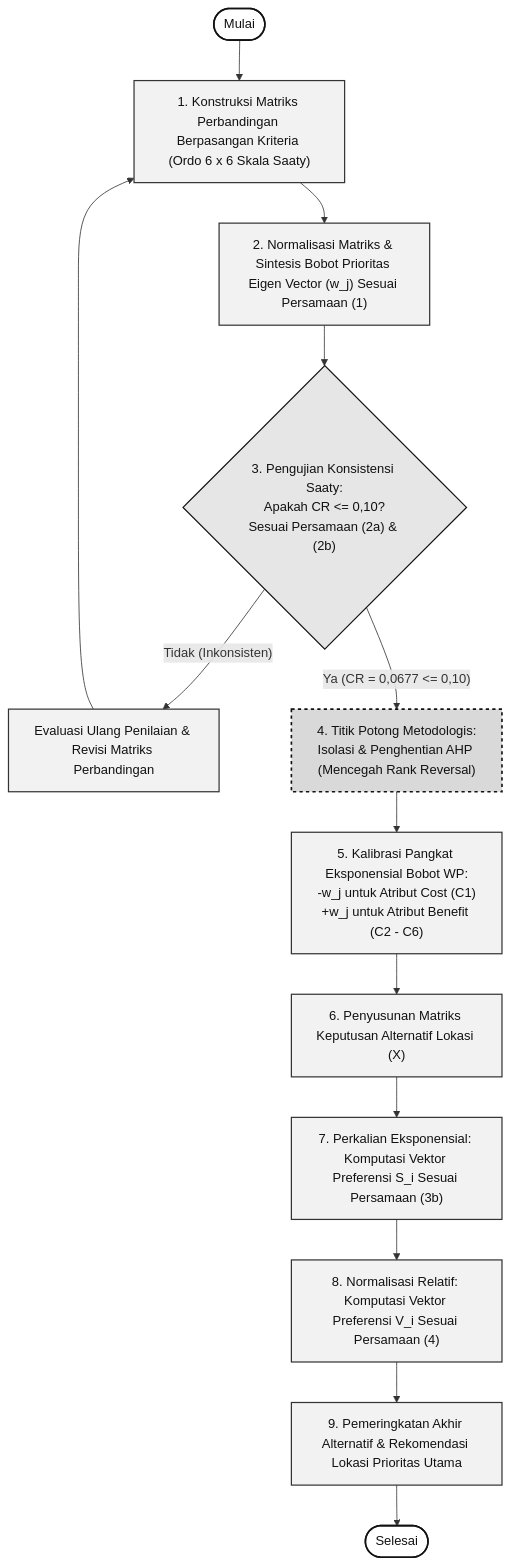
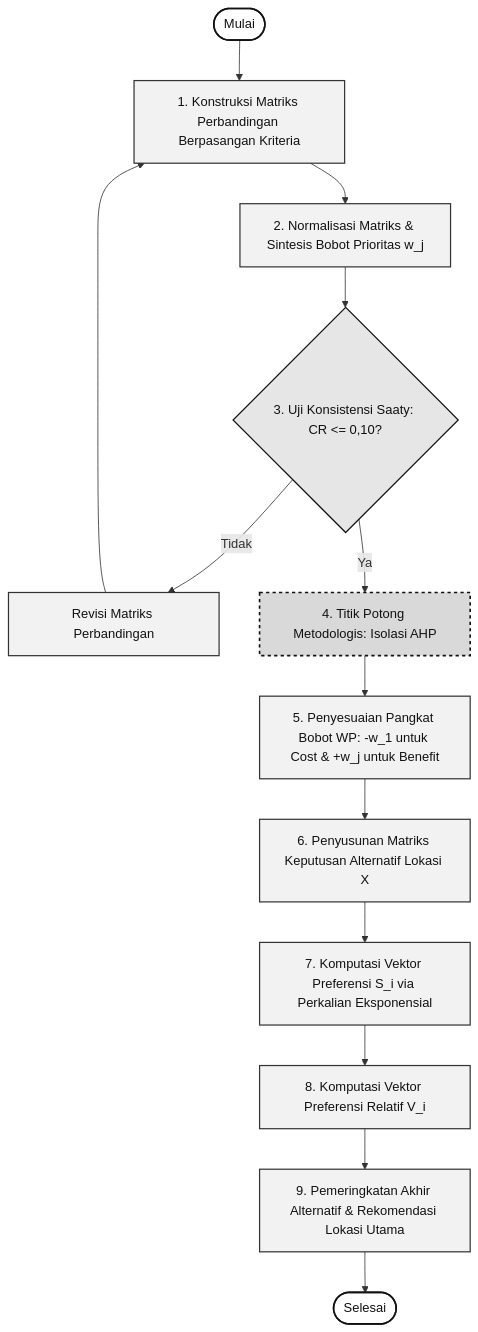
Before and after one commit to noveliahrlnd/spk-ahp-wp-ritel-emas: the second of 3 diagrams in 03_Manuscript_Draft/Draft_Penggunaan_Gambar.md, drawn with Mermaid. The commit also changed other lines of this file and 24 other files, not shown here.

````diff
--- a/03_Manuscript_Draft/Draft_Penggunaan_Gambar.md
+++ b/03_Manuscript_Draft/Draft_Penggunaan_Gambar.md
@@ -73,23 +52,19 @@
 ```mermaid
 flowchart TD
     classDef startEnd fill:#ffffff,stroke:#111111,stroke-width:2px,color:#111111;
     classDef process fill:#f2f2f2,stroke:#333333,stroke-width:1.5px,color:#111111;
     classDef decision fill:#e6e6e6,stroke:#111111,stroke-width:1.5px,color:#111111;
     classDef cutoff fill:#d9d9d9,stroke:#111111,stroke-width:2px,stroke-dasharray: 4 4,color:#111111;
-
-    Start([Mulai]):::startEnd --> MatriksAHP["1. Konstruksi Matriks Perbandingan Berpasangan Kriteria (Ordo 6 x 6 Skala Saaty)"]:::process
-    MatriksAHP --> HitungBobot["2. Normalisasi Matriks & Sintesis Bobot Prioritas Eigen Vector (w_j) Sesuai Persamaan (1)"]:::process
-    HitungBobot --> CekKonsistensi{"3. Pengujian Konsistensi Saaty:<br>Apakah CR <= 0,10?<br>Sesuai Persamaan (2a) & (2b)"}:::decision
-    
-    CekKonsistensi -- "Tidak (Inkonsisten)" --> Reevaluasi["Evaluasi Ulang Penilaian & Revisi Matriks Perbandingan"]:::process
+    Start([Mulai]):::startEnd --> MatriksAHP[1. Konstruksi Matriks Perbandingan Berpasangan Kriteria]:::process
+    MatriksAHP --> HitungBobot[2. Normalisasi Matriks & Sintesis Bobot Prioritas w_j]:::process
+    HitungBobot --> CekKonsistensi{3. Uji Konsistensi Saaty: CR <= 0,10?}:::decision
+    CekKonsistensi -- Tidak --> Reevaluasi[Revisi Matriks Perbandingan]:::process
     Reevaluasi --> MatriksAHP
-    
-    CekKonsistensi -- "Ya (CR = 0,0677 <= 0,10)" --> CutOff["4. Titik Potong Metodologis:<br>Isolasi & Penghentian AHP (Mencegah Rank Reversal)"]:::cutoff
-    
-    CutOff --> PangkatWP["5. Kalibrasi Pangkat Eksponensial Bobot WP:<br>-w_j untuk Atribut Cost (C1)<br>+w_j untuk Atribut Benefit (C2 - C6)"]:::process
-    PangkatWP --> MatriksX["6. Penyusunan Matriks Keputusan Alternatif Lokasi (X)"]:::process
-    MatriksX --> VektorS["7. Perkalian Eksponensial: Komputasi Vektor Preferensi S_i Sesuai Persamaan (3b)"]:::process
-    VektorS --> VektorV["8. Normalisasi Relatif: Komputasi Vektor Preferensi V_i Sesuai Persamaan (4)"]:::process
-    VektorV --> Perankingan["9. Pemeringkatan Akhir Alternatif & Rekomendasi Lokasi Prioritas Utama"]:::process
+    CekKonsistensi -- Ya --> CutOff[4. Titik Potong Metodologis: Isolasi AHP]:::cutoff
+    CutOff --> PangkatWP[5. Penyesuaian Pangkat Bobot WP: -w_1 untuk Cost & +w_j untuk Benefit]:::process
+    PangkatWP --> MatriksX[6. Penyusunan Matriks Keputusan Alternatif Lokasi X]:::process
+    MatriksX --> VektorS[7. Komputasi Vektor Preferensi S_i via Perkalian Eksponensial]:::process
+    VektorS --> VektorV[8. Komputasi Vektor Preferensi Relatif V_i]:::process
+    VektorV --> Perankingan[9. Pemeringkatan Akhir Alternatif & Rekomendasi Lokasi Utama]:::process
     Perankingan --> Selesai([Selesai]):::startEnd
 ```
````
